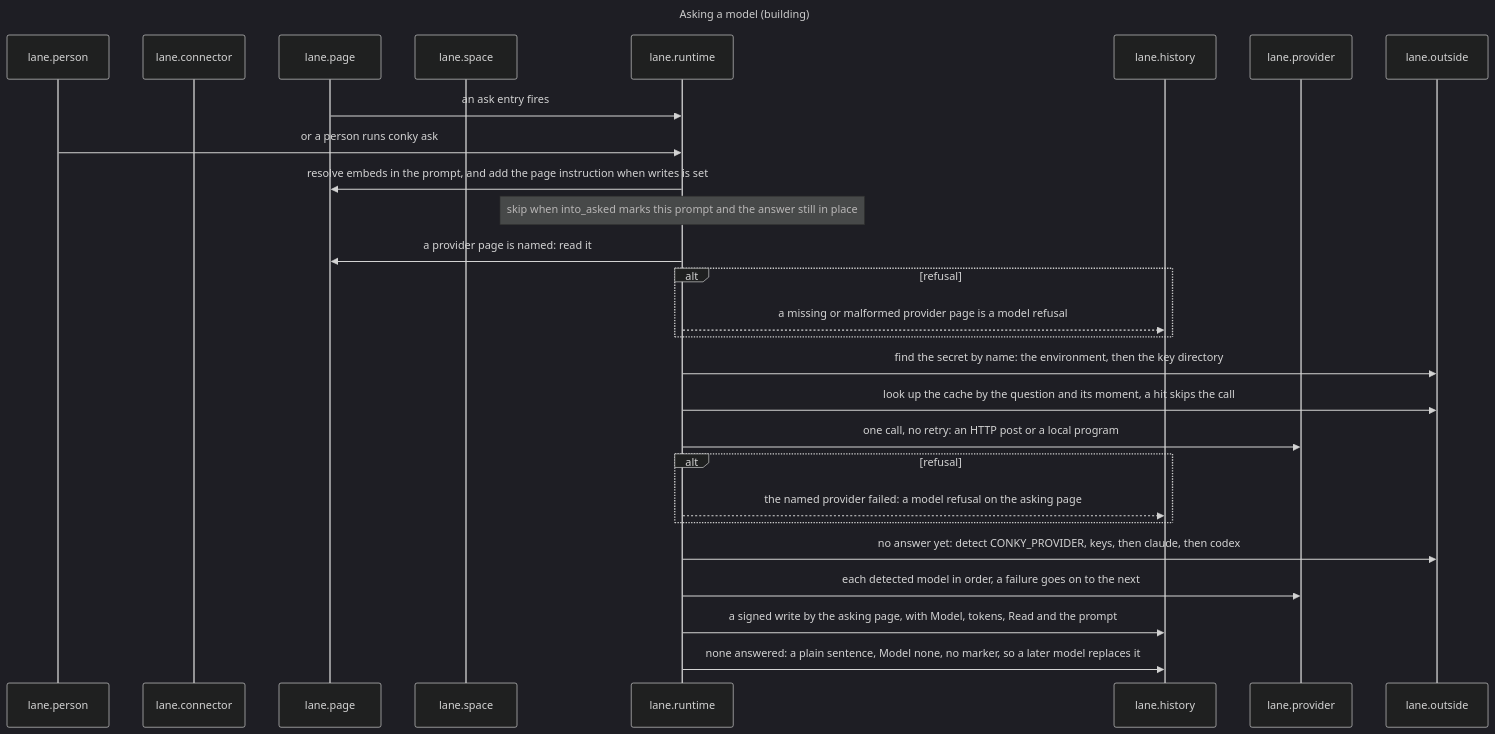
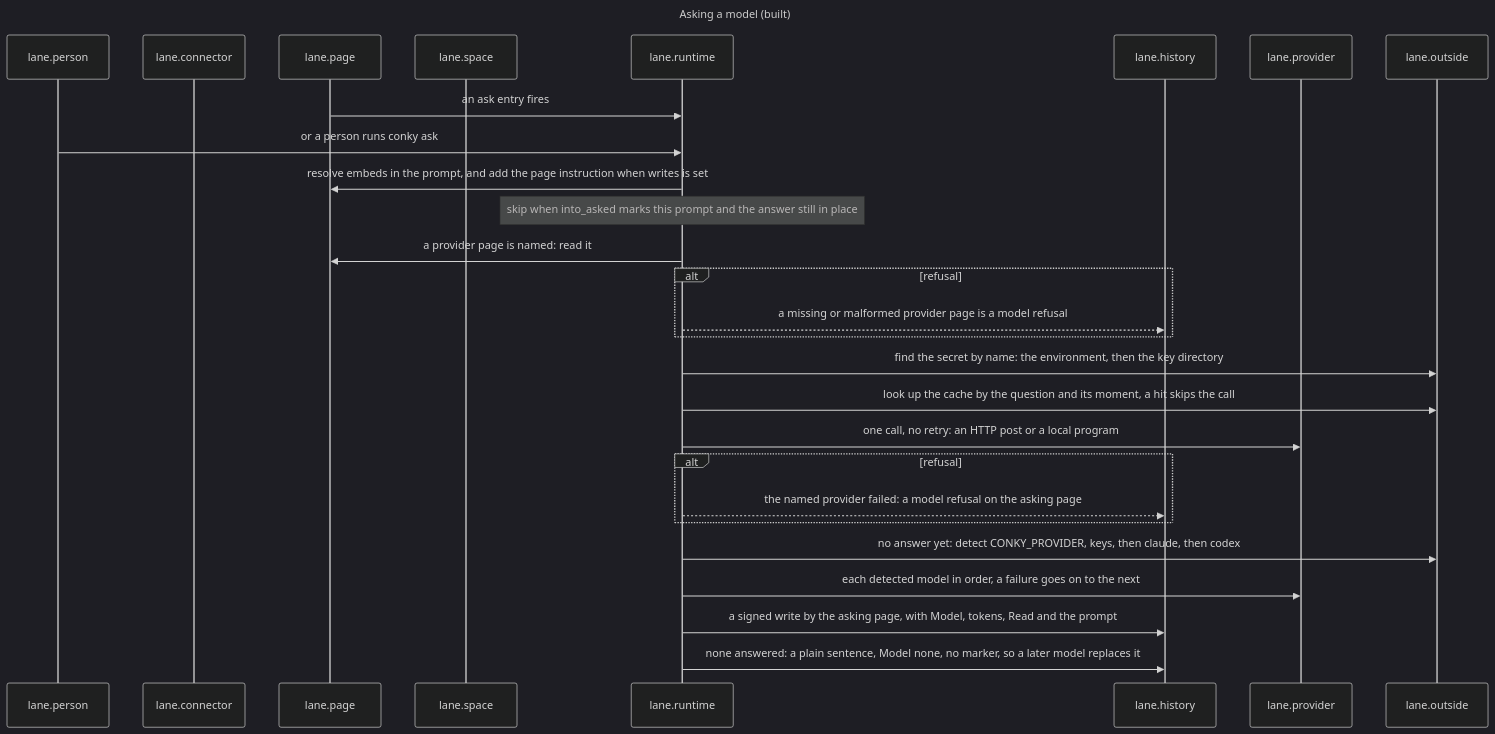
The sixth of 29 diagrams in docs/reference/architecture.md (drksci/conky), drawn with Mermaid (dark theme) before and after one commit. The commit also changed other lines of this file and 16 other files, not shown here.

````diff
--- a/docs/reference/architecture.md
+++ b/docs/reference/architecture.md
@@ -407,32 +416,32 @@
 ```mermaid
 ---
-title: Asking a model (building)
+title: Asking a model (built)
 ---
 sequenceDiagram
     participant lane.person
     participant lane.connector
     participant lane.page
     participant lane.space
     participant lane.runtime
     participant lane.history
     participant lane.provider
     participant lane.outside
     lane.page->>lane.runtime: an ask entry fires
     lane.person->>lane.runtime: or a person runs conky ask
     lane.runtime->>lane.page: resolve embeds in the prompt, and add the page instruction when writes is set
     Note over lane.runtime: skip when into_asked marks this prompt and the answer still in place
     lane.runtime->>lane.page: a provider page is named: read it
     alt refusal
         lane.runtime-->>lane.history: a missing or malformed provider page is a model refusal
     end
     lane.runtime->>lane.outside: find the secret by name: the environment, then the key directory
     lane.runtime->>lane.outside: look up the cache by the question and its moment, a hit skips the call
     lane.runtime->>lane.provider: one call, no retry: an HTTP post or a local program
     alt refusal
         lane.runtime-->>lane.history: the named provider failed: a model refusal on the asking page
     end
     lane.runtime->>lane.outside: no answer yet: detect CONKY_PROVIDER, keys, then claude, then codex
     lane.runtime->>lane.provider: each detected model in order, a failure goes on to the next
     lane.runtime->>lane.history: a signed write by the asking page, with Model, tokens, Read and the prompt
     lane.runtime->>lane.history: none answered: a plain sentence, Model none, no marker, so a later model replaces it
 ```
````
